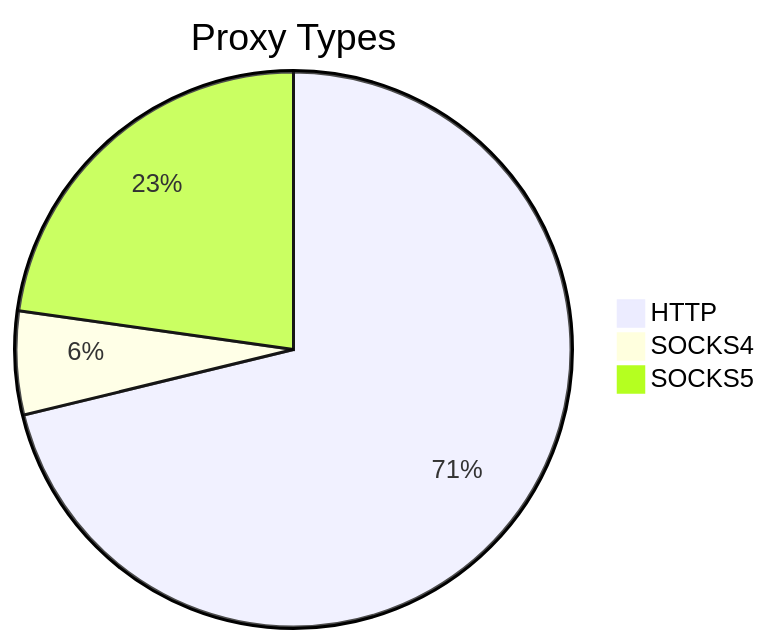
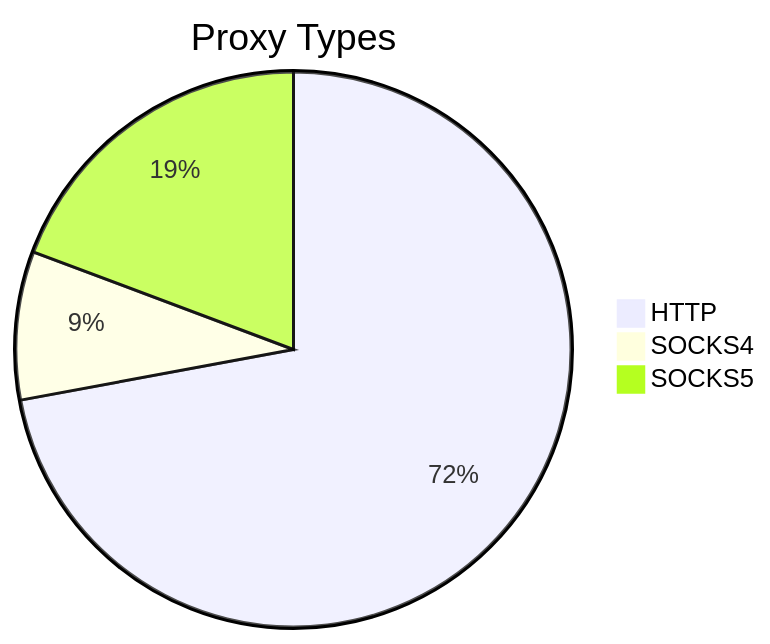
Before and after one commit to stormsia/proxy-list: the first of 2 diagrams in README.md, drawn with Mermaid. The commit also changed other lines of this file, not shown here.

````diff
--- a/README.md
+++ b/README.md
@@ -21,6 +21,6 @@
 ```mermaid
 pie title Proxy Types
-    "HTTP" : 319
-    "SOCKS4" : 27
-    "SOCKS5" : 102
+    "HTTP" : 284
+    "SOCKS4" : 34
+    "SOCKS5" : 76
 ```
````
